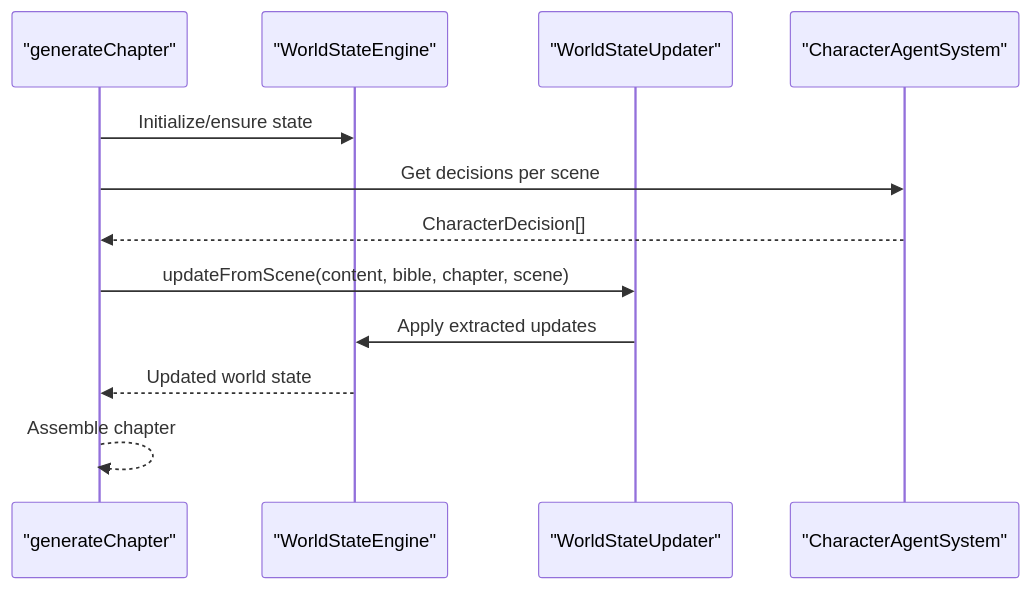
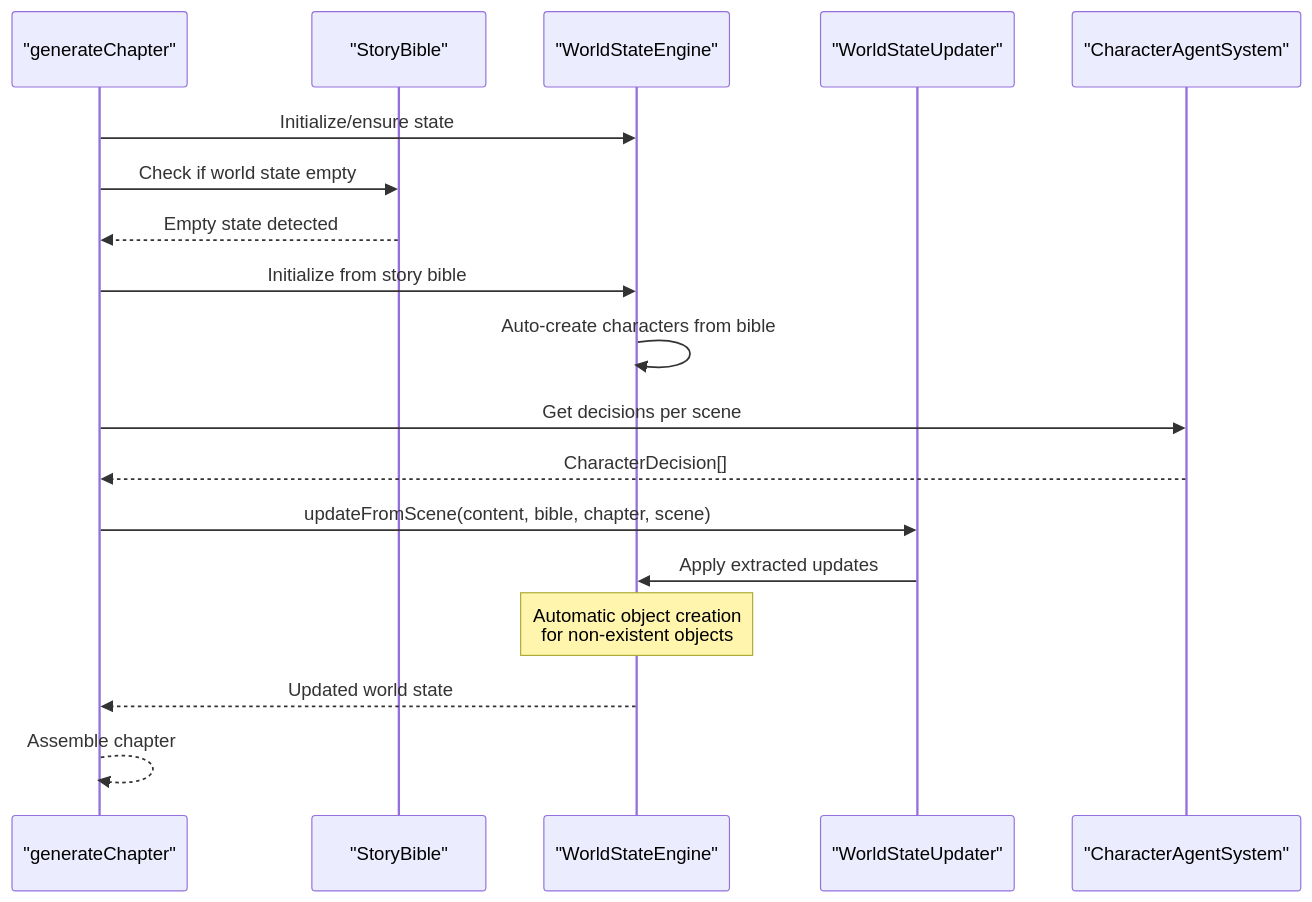
Before and after one commit to liwonder/NARRITIVE_OS: the eighth of 9 diagrams in .qoder/repowiki/en/content/Engine Architecture/World State Engine.md, drawn with Mermaid. The commit also changed other lines of this file and 14 other files, not shown here.

````diff
--- a/.qoder/repowiki/en/content/Engine Architecture/World State Engine.md
+++ b/.qoder/repowiki/en/content/Engine Architecture/World State Engine.md
@@ -346,14 +370,20 @@
 ```mermaid
 sequenceDiagram
 participant GC as "generateChapter"
+participant BIBLE as "StoryBible"
 participant WSE as "WorldStateEngine"
 participant WSU as "WorldStateUpdater"
 participant CA as "CharacterAgentSystem"
 GC->>WSE : Initialize/ensure state
+GC->>BIBLE : Check if world state empty
+BIBLE-->>GC : Empty state detected
+GC->>WSE : Initialize from story bible
+WSE->>WSE : Auto-create characters from bible
 GC->>CA : Get decisions per scene
 CA-->>GC : CharacterDecision[]
 GC->>WSU : updateFromScene(content, bible, chapter, scene)
 WSU->>WSE : Apply extracted updates
+Note over WSE : Automatic object creation<br/>for non-existent objects
 WSE-->>GC : Updated world state
 GC-->>GC : Assemble chapter
 ```
````
